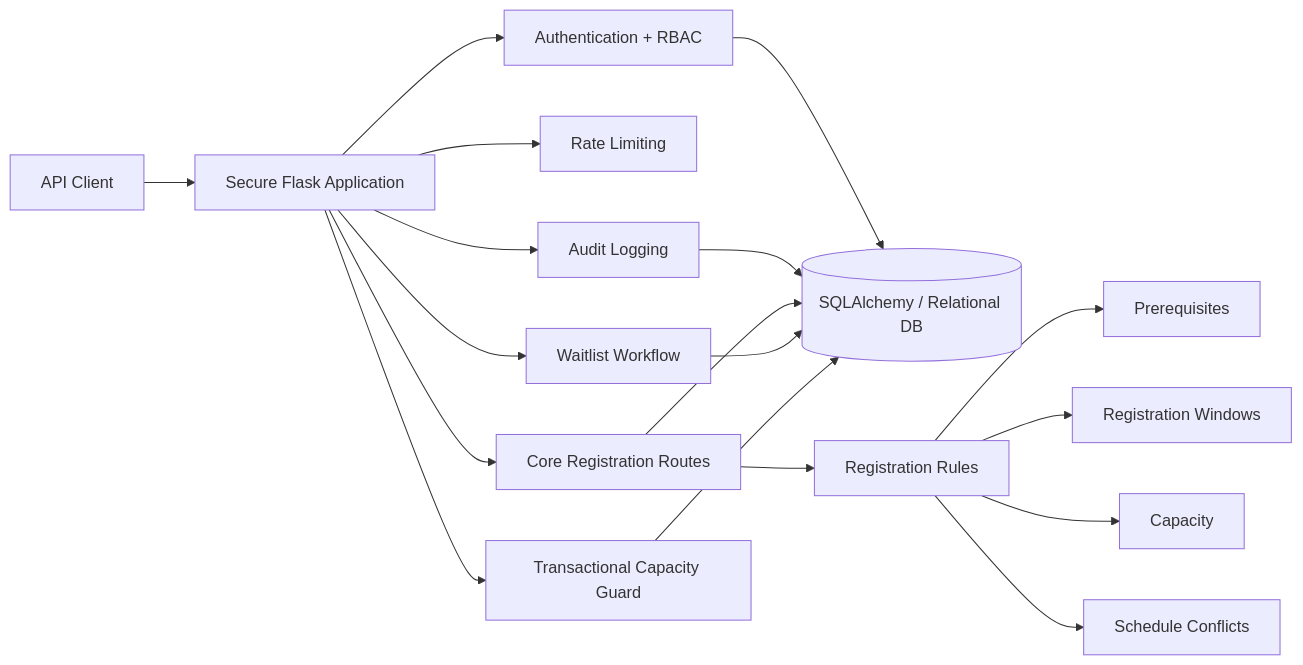
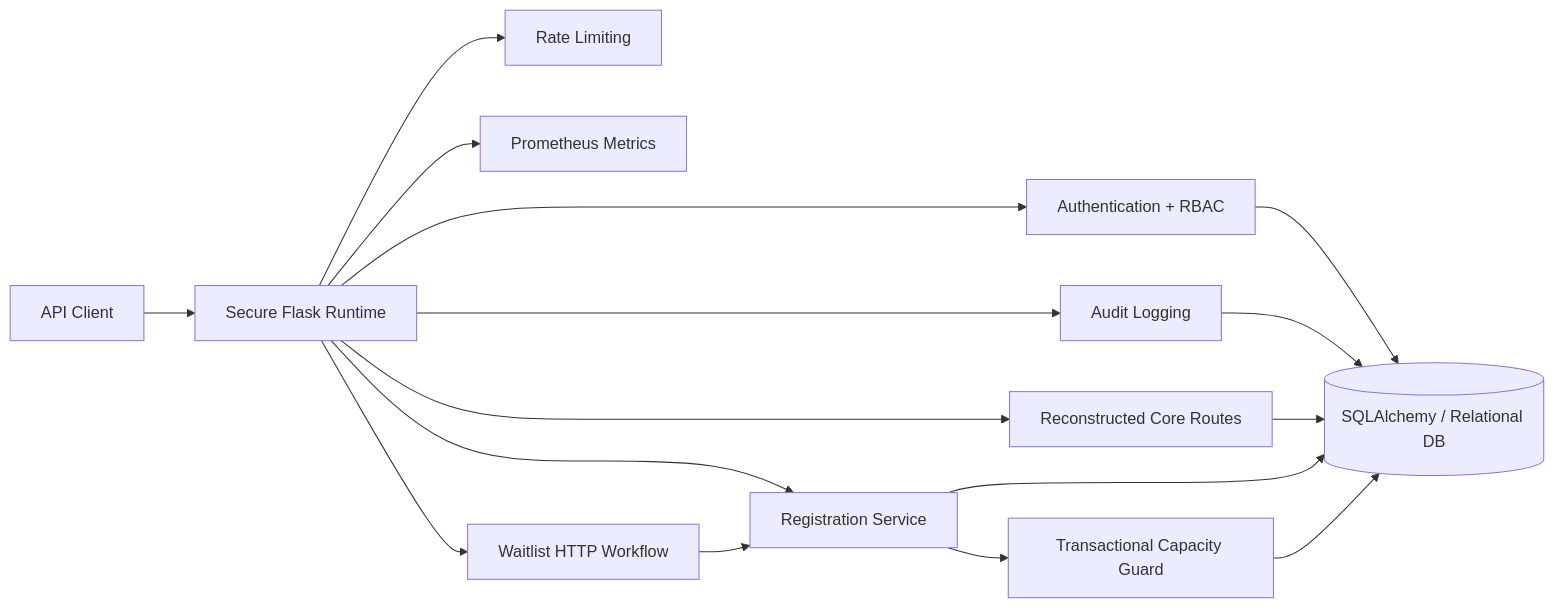
One commit to PerpsAkach/course-registration-api changed the first of 2 diagrams in README.md. Above: the diagram before and after it, drawn with Mermaid. The commit also changed other lines of this file, not shown here.

Commit message:
Refresh README for completed registration service hardening

````diff
--- a/README.md
+++ b/README.md
@@ -54,22 +56,19 @@
 ```mermaid
 flowchart LR
-    Client[API Client] --> Runtime[Secure Flask Application]
+    Client[API Client] --> Runtime[Secure Flask Runtime]
     Runtime --> Auth[Authentication + RBAC]
     Runtime --> Limits[Rate Limiting]
     Runtime --> Audit[Audit Logging]
-    Runtime --> Core[Core Registration Routes]
-    Runtime --> Wait[Waitlist Workflow]
-    Runtime --> Capacity[Transactional Capacity Guard]
+    Runtime --> Metrics[Prometheus Metrics]
+    Runtime --> Core[Reconstructed Core Routes]
+    Runtime --> Service[Registration Service]
+    Runtime --> Wait[Waitlist HTTP Workflow]
+    Service --> Capacity[Transactional Capacity Guard]
 
     Auth --> DB[(SQLAlchemy / Relational DB)]
     Audit --> DB
     Core --> DB
-    Wait --> DB
+    Service --> DB
+    Wait --> Service
     Capacity --> DB
-
-    Core --> Rules[Registration Rules]
-    Rules --> P[Prerequisites]
-    Rules --> W[Registration Windows]
-    Rules --> C[Capacity]
-    Rules --> S[Schedule Conflicts]
 ```
````
